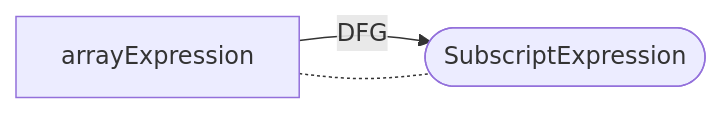
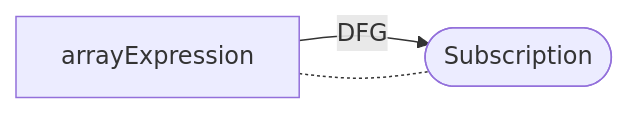
Diagram 11 of 40 in docs/docs/CPG/specs/dfg.md (Fraunhofer-AISEC/cpg), drawn with Mermaid before and after one commit. The commit also changed other lines of this file and 403 other files, not shown here.

````diff
--- a/docs/docs/CPG/specs/dfg.md
+++ b/docs/docs/CPG/specs/dfg.md
@@ -196,5 +196,5 @@
   ```mermaid
   flowchart LR
-    arrayExpression -- DFG --> node([SubscriptExpression]);
+    arrayExpression -- DFG --> node([Subscription]);
     arrayExpression -.- node;
   ```
````
